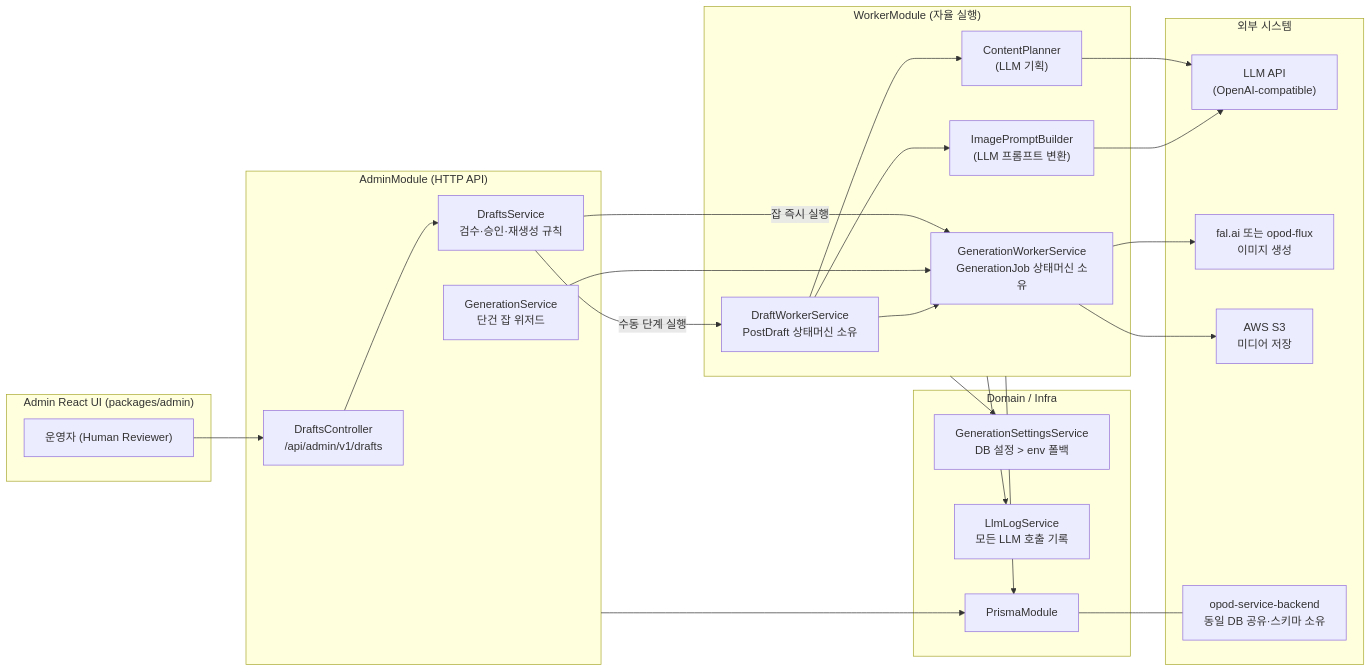
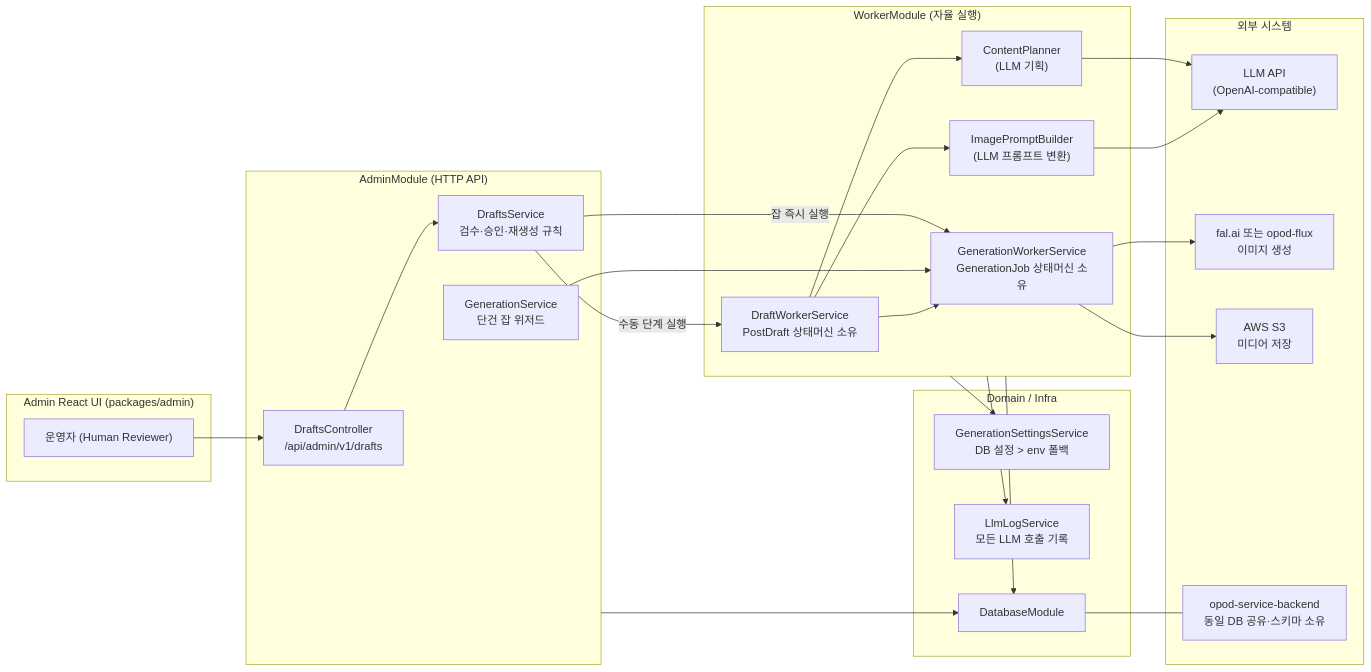
One commit to TaehoHong/opod-admin changed the second of 6 diagrams in docs/post-creation-agent-workflow.md. Above: the diagram before and after it, drawn with Mermaid. The commit also changed other lines of this file and 111 other files, not shown here.

````diff
--- a/docs/post-creation-agent-workflow.md
+++ b/docs/post-creation-agent-workflow.md
@@ -49,46 +49,46 @@
 ```mermaid
 flowchart LR
     subgraph UI["Admin React UI (packages/admin)"]
         OP["운영자 (Human Reviewer)"]
     end
 
     subgraph ADMIN["AdminModule (HTTP API)"]
         DC["DraftsController<br/>/api/admin/v1/drafts"]
         DS["DraftsService<br/>검수·승인·재생성 규칙"]
         GS["GenerationService<br/>단건 잡 위저드"]
     end
 
     subgraph WORKER["WorkerModule (자율 실행)"]
         DW["DraftWorkerService<br/>PostDraft 상태머신 소유"]
         GW["GenerationWorkerService<br/>GenerationJob 상태머신 소유"]
         CP["ContentPlanner<br/>(LLM 기획)"]
         PB["ImagePromptBuilder<br/>(LLM 프롬프트 변환)"]
     end
 
     subgraph DOMAIN["Domain / Infra"]
         SET["GenerationSettingsService<br/>DB 설정 > env 폴백"]
         LOG["LlmLogService<br/>모든 LLM 호출 기록"]
-        PR["PrismaModule"]
+        PR["DatabaseModule"]
     end
 
     subgraph EXT["외부 시스템"]
         LLM["LLM API<br/>(OpenAI-compatible)"]
         IMAGE_PROVIDER["fal.ai 또는 opod-flux<br/>이미지 생성"]
         S3["AWS S3<br/>미디어 저장"]
         BE["opod-service-backend<br/>동일 DB 공유·스키마 소유"]
     end
 
     OP --> DC
     DC --> DS
     DS -->|수동 단계 실행| DW
     DS -->|잡 즉시 실행| GW
     GS --> GW
     DW --> CP & PB
     DW --> GW
     CP & PB --> LLM
     GW --> IMAGE_PROVIDER
     GW --> S3
     WORKER --> SET & LOG & PR
     ADMIN --> PR
     PR --- BE
 ```
````
